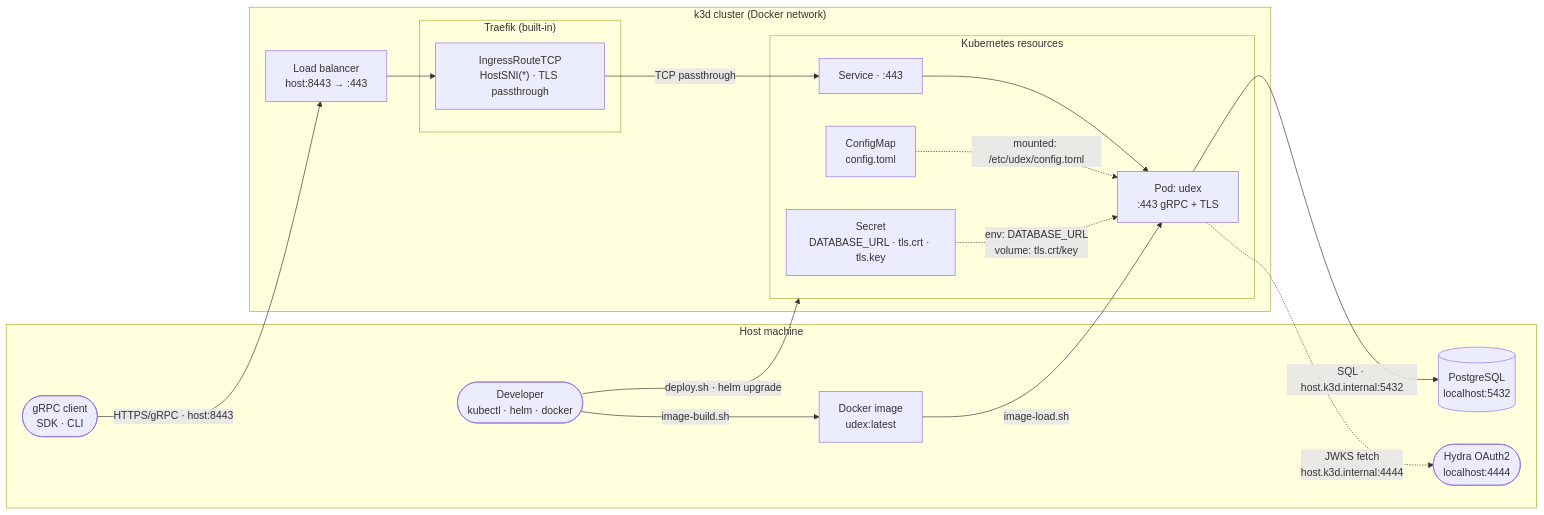
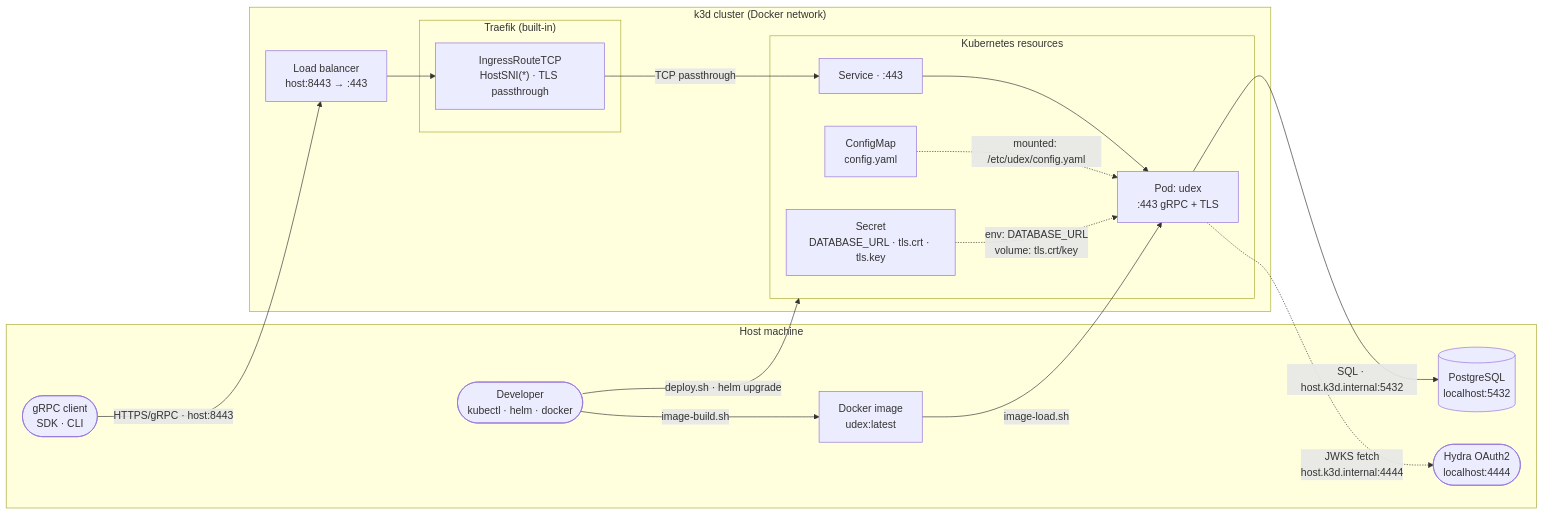
The diagram in projects/k8s/README.md (cperfect/udex), drawn with Mermaid before and after one commit. The commit also changed other lines of this file and 16 other files, not shown here.

First line of the commit message:
docs: convert config docs to YAML and add migration note [ST0023/WP-04]

````diff
--- a/projects/k8s/README.md
+++ b/projects/k8s/README.md
@@ -17,42 +17,42 @@
 ```mermaid
 graph LR
     subgraph host["Host machine"]
         client(["gRPC client\nSDK · CLI"])
         dev(["Developer\nkubectl · helm · docker"])
         img["Docker image\nudex:latest"]
         pg[("PostgreSQL\nlocalhost:5432")]
         hydra(["Hydra OAuth2\nlocalhost:4444"])
     end
 
     subgraph cluster["k3d cluster (Docker network)"]
         lb["Load balancer\nhost:8443 → :443"]
 
         subgraph traefik["Traefik (built-in)"]
             ir["IngressRouteTCP\nHostSNI(*) · TLS passthrough"]
         end
 
         subgraph k8s["Kubernetes resources"]
             svc["Service · :443"]
             pod["Pod: udex\n:443 gRPC + TLS"]
-            cm["ConfigMap\nconfig.toml"]
+            cm["ConfigMap\nconfig.yaml"]
             secret["Secret\nDATABASE_URL · tls.crt · tls.key"]
         end
     end
 
     %% ── Call flow ─────────────────────────────────────────────────────────
     client  -->|"HTTPS/gRPC · host:8443"| lb
     lb      --> ir
     ir      -->|"TCP passthrough"| svc
     svc     --> pod
     pod     -->|"SQL · host.k3d.internal:5432"| pg
     pod     -.->|"JWKS fetch\nhost.k3d.internal:4444"| hydra
 
     %% ── Cluster management ────────────────────────────────────────────────
     dev     -->|"image-build.sh"| img
     img     -->|"image-load.sh"| pod
     dev     -->|"deploy.sh · helm upgrade"| k8s
 
     %% ── Config injection (dashed = mounted/injected at startup) ───────────
-    cm      -.->|"mounted: /etc/udex/config.toml"| pod
+    cm      -.->|"mounted: /etc/udex/config.yaml"| pod
     secret  -.->|"env: DATABASE_URL\nvolume: tls.crt/key"| pod
 ```
````
